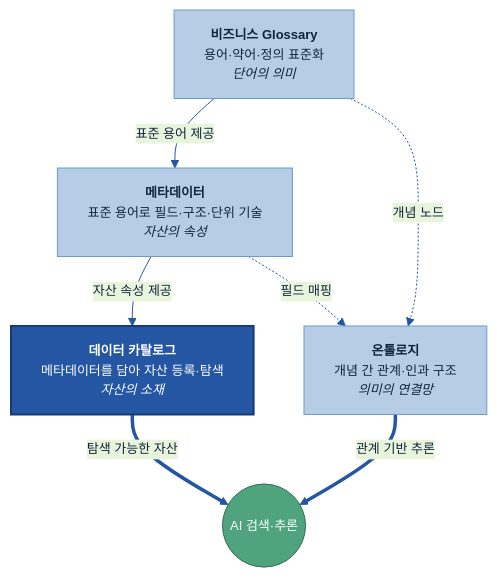
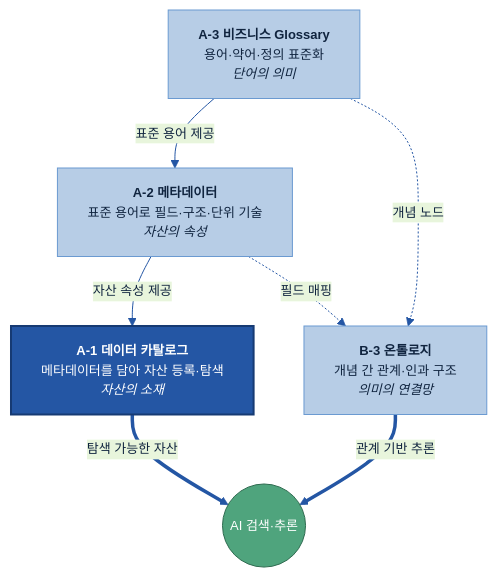
Before and after one commit to jin-kearney/ai-ready-data-manual: the second of 6 diagrams in 전체 목차/00 전체 목차 (20개 주제).md, drawn with Mermaid. The commit also changed other lines of this file, not shown here.

````diff
--- a/전체 목차/00 전체 목차 (20개 주제).md
+++ b/전체 목차/00 전체 목차 (20개 주제).md
@@ -197,19 +184,19 @@
 ```mermaid
 %%{init: {'theme':'base','themeVariables':{'primaryColor':'#DCE8F5','primaryBorderColor':'#2456A4','primaryTextColor':'#10243f','lineColor':'#2456A4','fontSize':'13px'}}}%%
 flowchart TB
-    GLO["<b>비즈니스 Glossary</b><br/>용어·약어·정의 표준화<br/><i>단어의 의미</i>"]:::n
-    META["<b>메타데이터</b><br/>표준 용어로 필드·구조·단위 기술<br/><i>자산의 속성</i>"]:::n
-    CAT["<b>데이터 카탈로그</b><br/>메타데이터를 담아 자산 등록·탐색<br/><i>자산의 소재</i>"]:::cat
-    ONT["<b>온톨로지</b><br/>개념 간 관계·인과 구조<br/><i>의미의 연결망</i>"]:::n
+    GLO["<b>A-3 비즈니스 Glossary</b><br/>용어·약어·정의 표준화<br/><i>단어의 의미</i>"]:::n
+    META["<b>A-2 메타데이터</b><br/>표준 용어로 필드·구조·단위 기술<br/><i>자산의 속성</i>"]:::n
+    CAT["<b>A-1 데이터 카탈로그</b><br/>메타데이터를 담아 자산 등록·탐색<br/><i>자산의 소재</i>"]:::cat
+    ONT["<b>B-3 온톨로지</b><br/>개념 간 관계·인과 구조<br/><i>의미의 연결망</i>"]:::n
 
     GLO -->|"표준 용어 제공"| META
     META -->|"자산 속성 제공"| CAT
     GLO -.->|"개념 노드"| ONT
     META -.->|"필드 매핑"| ONT
     CAT ==>|"탐색 가능한 자산"| AI(("AI 검색·추론")):::ai
     ONT ==>|"관계 기반 추론"| AI
 
     classDef n fill:#B7CDE6,stroke:#6B9AD1,color:#10243f;
     classDef cat fill:#2456A4,color:#fff,stroke:#163a73,stroke-width:2px;
     classDef ai fill:#4FA47D,stroke:#2f6b50,color:#fff;
 ```
````
